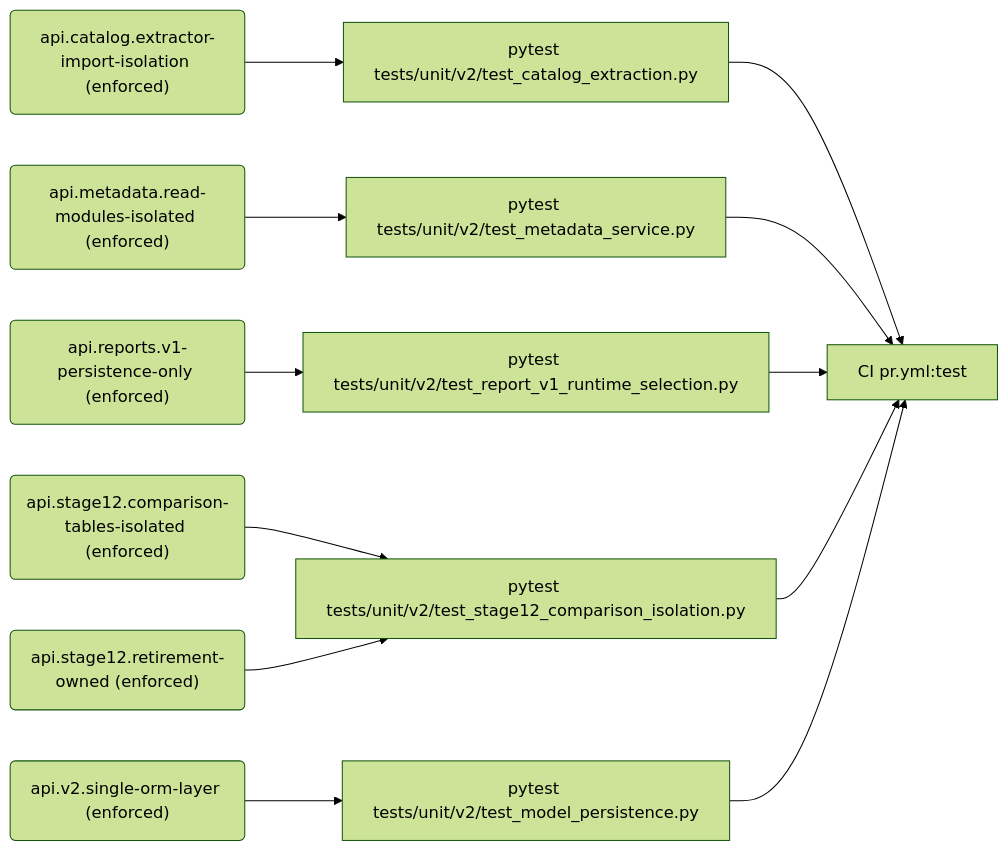
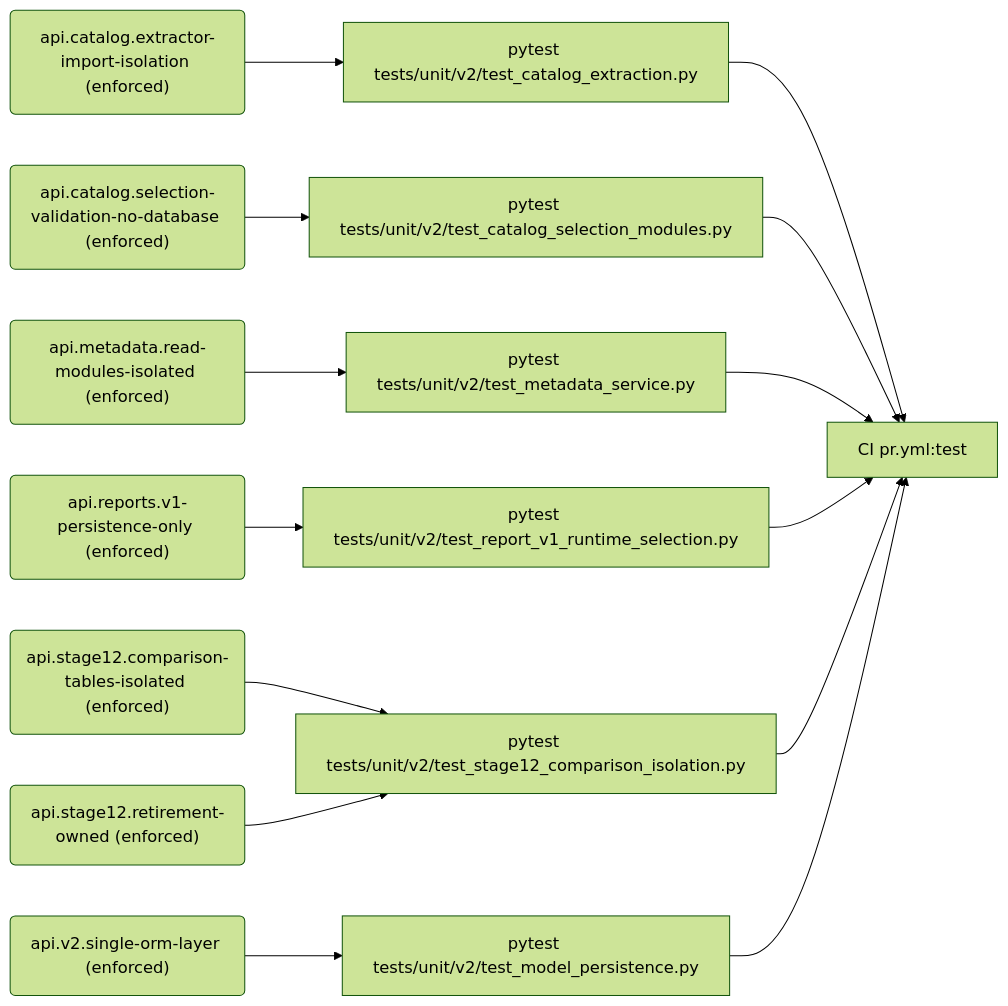
Before and after one commit to PolicyEngine/policyengine-api: the fourth of 11 diagrams in docs/generated/rules.md, drawn with Mermaid (forest theme). The commit also changed other lines of this file and 6 other files, not shown here.

````diff
--- a/docs/generated/rules.md
+++ b/docs/generated/rules.md
@@ -210,26 +211,30 @@
 ```mermaid
 flowchart LR
   r_api_catalog_extractor_import_isolation("api.catalog.extractor-import-isolation (enforced)")
   e_pytest_tests_unit_v2_test_catalog_extraction_py["pytest tests/unit/v2/test_catalog_extraction.py"]
   j_CI_pr_yml_test["CI pr.yml:test"]
+  r_api_catalog_selection_validation_no_database("api.catalog.selection-validation-no-database (enforced)")
+  e_pytest_tests_unit_v2_test_catalog_selection_modules_py["pytest tests/unit/v2/test_catalog_selection_modules.py"]
   r_api_metadata_read_modules_isolated("api.metadata.read-modules-isolated (enforced)")
   e_pytest_tests_unit_v2_test_metadata_service_py["pytest tests/unit/v2/test_metadata_service.py"]
   r_api_reports_v1_persistence_only("api.reports.v1-persistence-only (enforced)")
   e_pytest_tests_unit_v2_test_report_v1_runtime_selection_py["pytest tests/unit/v2/test_report_v1_runtime_selection.py"]
   r_api_stage12_comparison_tables_isolated("api.stage12.comparison-tables-isolated (enforced)")
   e_pytest_tests_unit_v2_test_stage12_comparison_isolation_py["pytest tests/unit/v2/test_stage12_comparison_isolation.py"]
   r_api_stage12_retirement_owned("api.stage12.retirement-owned (enforced)")
   r_api_v2_single_orm_layer("api.v2.single-orm-layer (enforced)")
   e_pytest_tests_unit_v2_test_model_persistence_py["pytest tests/unit/v2/test_model_persistence.py"]
   r_api_catalog_extractor_import_isolation --> e_pytest_tests_unit_v2_test_catalog_extraction_py
   e_pytest_tests_unit_v2_test_catalog_extraction_py --> j_CI_pr_yml_test
+  r_api_catalog_selection_validation_no_database --> e_pytest_tests_unit_v2_test_catalog_selection_modules_py
+  e_pytest_tests_unit_v2_test_catalog_selection_modules_py --> j_CI_pr_yml_test
   r_api_metadata_read_modules_isolated --> e_pytest_tests_unit_v2_test_metadata_service_py
   e_pytest_tests_unit_v2_test_metadata_service_py --> j_CI_pr_yml_test
   r_api_reports_v1_persistence_only --> e_pytest_tests_unit_v2_test_report_v1_runtime_selection_py
   e_pytest_tests_unit_v2_test_report_v1_runtime_selection_py --> j_CI_pr_yml_test
   r_api_stage12_comparison_tables_isolated --> e_pytest_tests_unit_v2_test_stage12_comparison_isolation_py
   e_pytest_tests_unit_v2_test_stage12_comparison_isolation_py --> j_CI_pr_yml_test
   r_api_stage12_retirement_owned --> e_pytest_tests_unit_v2_test_stage12_comparison_isolation_py
   r_api_v2_single_orm_layer --> e_pytest_tests_unit_v2_test_model_persistence_py
   e_pytest_tests_unit_v2_test_model_persistence_py --> j_CI_pr_yml_test
 ```
````
